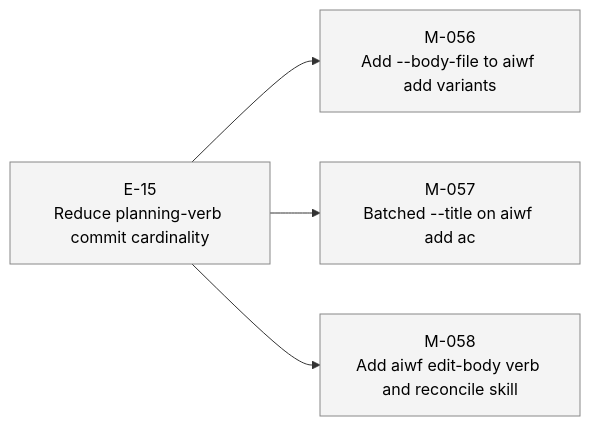
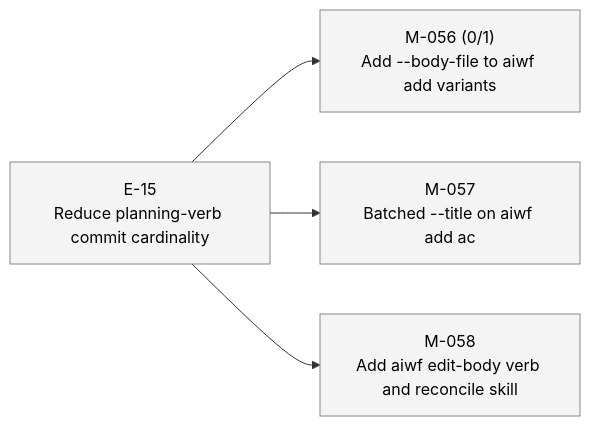
One commit to 23min/aiwf changed the third of 3 diagrams in STATUS.md. Above: the diagram before and after it, drawn with Mermaid. The commit also changed other lines of this file and 1 other file, not shown here.

Commit message:
aiwf add ac M-056/AC-1 "--body-file flag on aiwf add for all six kinds"
aiwf-verb: add
aiwf-entity: M-056/AC-1
aiwf-actor: human/peter

````diff
--- a/STATUS.md
+++ b/STATUS.md
@@ -69,16 +69,16 @@
 ```mermaid
 flowchart LR
   E_15["E-15<br/>Reduce planning-verb commit cardinality"]:::epic_proposed
-  M_056["M-056<br/>Add --body-file to aiwf add variants"]:::ms_draft
+  M_056["M-056 (0/1)<br/>Add --body-file to aiwf add variants"]:::ms_draft
   E_15 --> M_056
   M_057["M-057<br/>Batched --title on aiwf add ac"]:::ms_draft
   E_15 --> M_057
   M_058["M-058<br/>Add aiwf edit-body verb and reconcile skill"]:::ms_draft
   E_15 --> M_058
   classDef epic_active fill:#d6eaff,stroke:#1a73e8,color:#000
   classDef epic_proposed fill:#f4f4f4,stroke:#888,color:#000
   classDef ms_done fill:#d8f5d8,stroke:#2a8a2a,color:#000
   classDef ms_in_progress fill:#fff3c4,stroke:#caa400,color:#000
   classDef ms_draft fill:#f4f4f4,stroke:#888,color:#000
   classDef ms_cancelled fill:#fbeaea,stroke:#c33,color:#000
 ```
````
